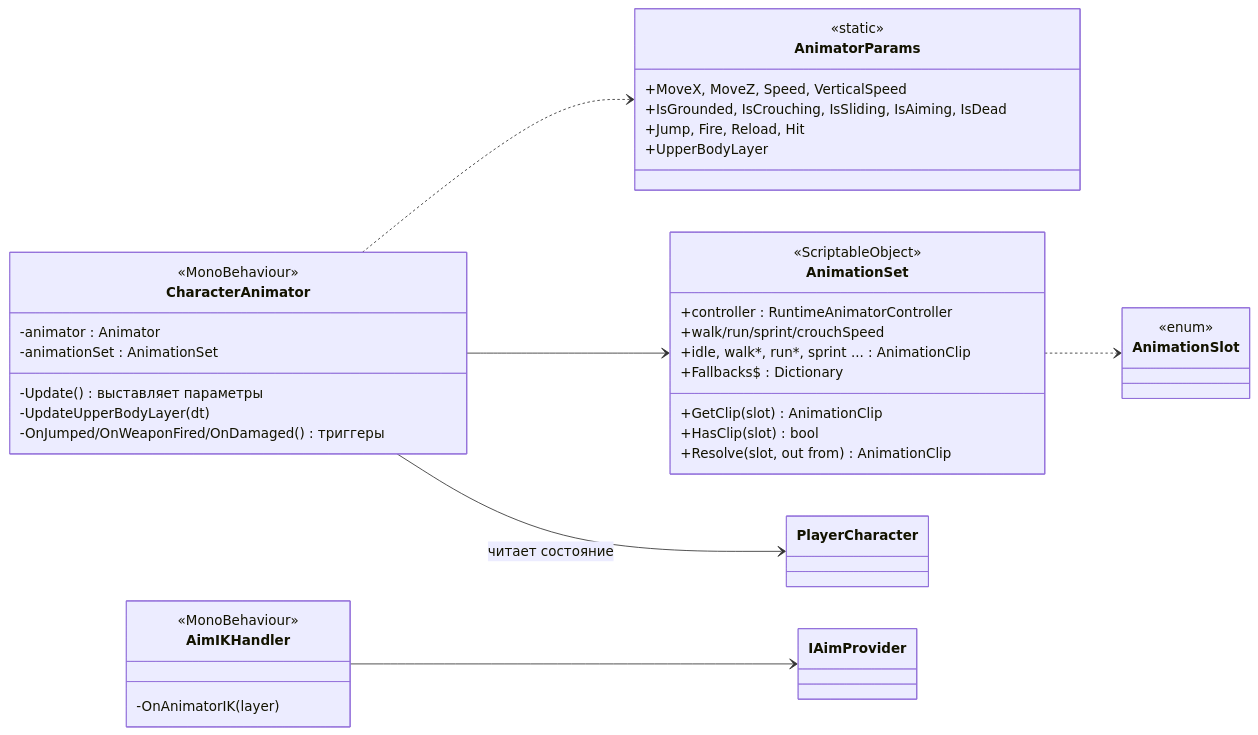
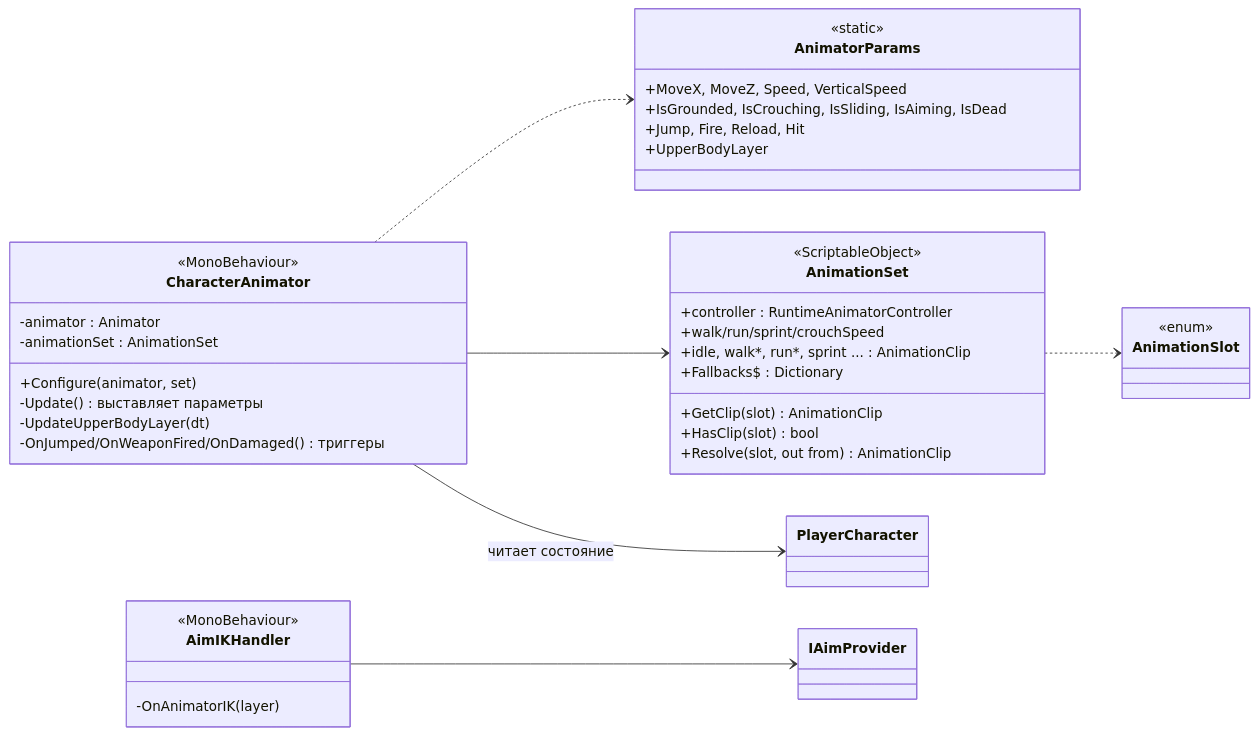
One commit to legatys/game changed the seventh of 15 diagrams in Prod/Docs/UML.md. Above: the diagram before and after it, drawn with Mermaid. The commit also changed other lines of this file and 51 other files, not shown here.

````diff
--- a/Prod/Docs/UML.md
+++ b/Prod/Docs/UML.md
@@ -433,41 +442,42 @@
 ```mermaid
 classDiagram
     direction LR
     class AnimatorParams {
         <<static>>
         +MoveX, MoveZ, Speed, VerticalSpeed
         +IsGrounded, IsCrouching, IsSliding, IsAiming, IsDead
         +Jump, Fire, Reload, Hit
         +UpperBodyLayer
     }
     class AnimationSlot {
         <<enum>>
     }
     class AnimationSet {
         <<ScriptableObject>>
         +controller : RuntimeAnimatorController
         +walk/run/sprint/crouchSpeed
         +idle, walk*, run*, sprint ... : AnimationClip
         +Fallbacks$ : Dictionary
         +GetClip(slot) AnimationClip
         +HasClip(slot) bool
         +Resolve(slot, out from) AnimationClip
     }
     class CharacterAnimator {
         <<MonoBehaviour>>
         -animator : Animator
         -animationSet : AnimationSet
+        +Configure(animator, set)
         -Update() выставляет параметры
         -UpdateUpperBodyLayer(dt)
         -OnJumped/OnWeaponFired/OnDamaged() триггеры
     }
     class AimIKHandler {
         <<MonoBehaviour>>
         -OnAnimatorIK(layer)
     }
     AnimationSet ..> AnimationSlot
     CharacterAnimator --> AnimationSet
     CharacterAnimator --> PlayerCharacter : читает состояние
     CharacterAnimator ..> AnimatorParams
     AimIKHandler --> IAimProvider
 ```
````
